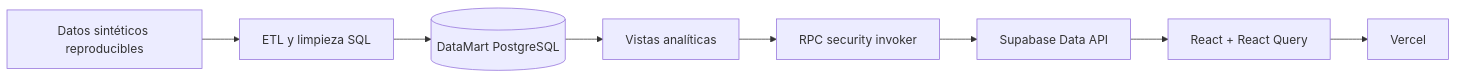
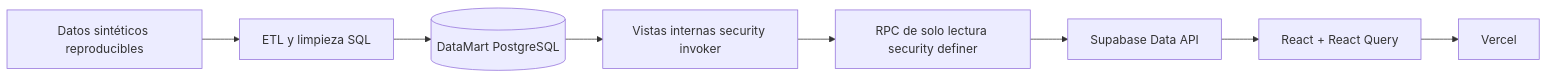
One commit to JheissonLoor/tambo-bi-grupo06 changed the diagram in README.md. Above: the diagram before and after it, drawn with Mermaid. The commit also changed other lines of this file and 8 other files, not shown here.

````diff
--- a/README.md
+++ b/README.md
@@ -32,10 +32,10 @@
 ```mermaid
 flowchart LR
   A[Datos sintéticos reproducibles] --> B[ETL y limpieza SQL]
   B --> C[(DataMart PostgreSQL)]
-  C --> D[Vistas analíticas]
-  D --> E[RPC security invoker]
+  C --> D[Vistas internas security invoker]
+  D --> E[RPC de solo lectura security definer]
   E --> F[Supabase Data API]
   F --> G[React + React Query]
   G --> H[Vercel]
 ```
````
